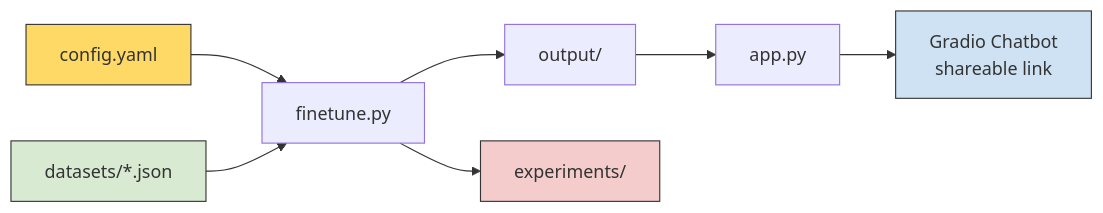
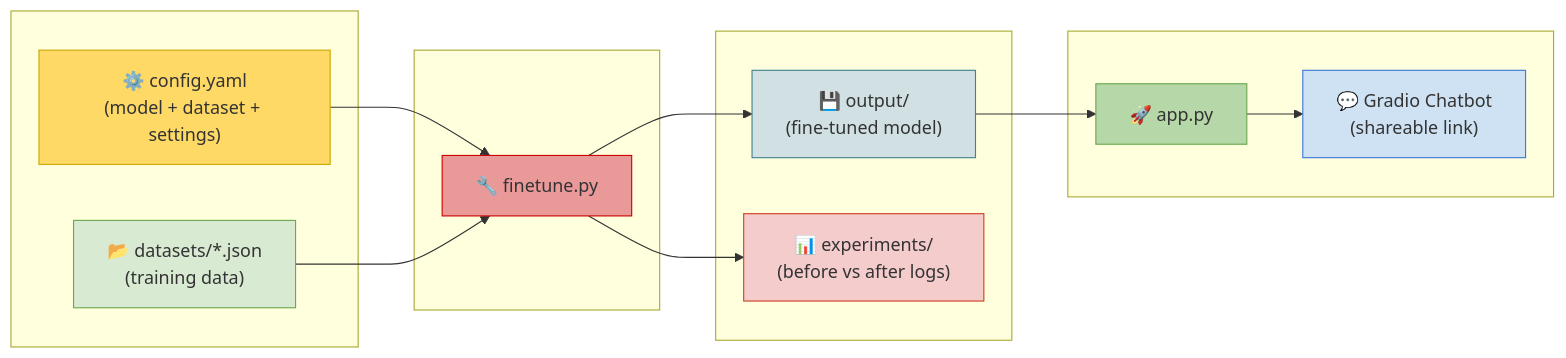
Before and after one commit to ratulalahy/nlp_course_sample_chat_fine_tune: the diagram in README.md, drawn with Mermaid.

Commit message:
style: improve README mermaid diagram with icons, subgroups, and better colors

````diff
--- a/README.md
+++ b/README.md
@@ -19,14 +19,36 @@
 ```mermaid
 flowchart LR
-    A[config.yaml] --> B[finetune.py]
-    D[datasets/*.json] --> B
-    B --> E[output/]
-    B --> F[experiments/]
-    E --> G[app.py]
-    G --> H[Gradio Chatbot\n shareable link]
+    subgraph inputs [" "]
+        A["⚙️ config.yaml\n(model + dataset + settings)"]
+        D["📂 datasets/*.json\n(training data)"]
+    end
 
-    style A fill:#ffd966,stroke:#333
-    style D fill:#d9ead3,stroke:#333
-    style H fill:#cfe2f3,stroke:#333
-    style F fill:#f4cccc,stroke:#333
+    subgraph training [" "]
+        B["🔧 finetune.py"]
+    end
+
+    subgraph outputs [" "]
+        E["💾 output/\n(fine-tuned model)"]
+        F["📊 experiments/\n(before vs after logs)"]
+    end
+
+    subgraph deploy [" "]
+        G["🚀 app.py"]
+        H["💬 Gradio Chatbot\n(shareable link)"]
+    end
+
+    A --> B
+    D --> B
+    B --> E
+    B --> F
+    E --> G
+    G --> H
+
+    style A fill:#ffd966,stroke:#c9a800,color:#333
+    style D fill:#d9ead3,stroke:#6aa84f,color:#333
+    style B fill:#ea9999,stroke:#cc0000,color:#333
+    style E fill:#d0e0e3,stroke:#45818e,color:#333
+    style F fill:#f4cccc,stroke:#cc4125,color:#333
+    style G fill:#b6d7a8,stroke:#6aa84f,color:#333
+    style H fill:#cfe2f3,stroke:#3c78d8,color:#333
 ```
````
